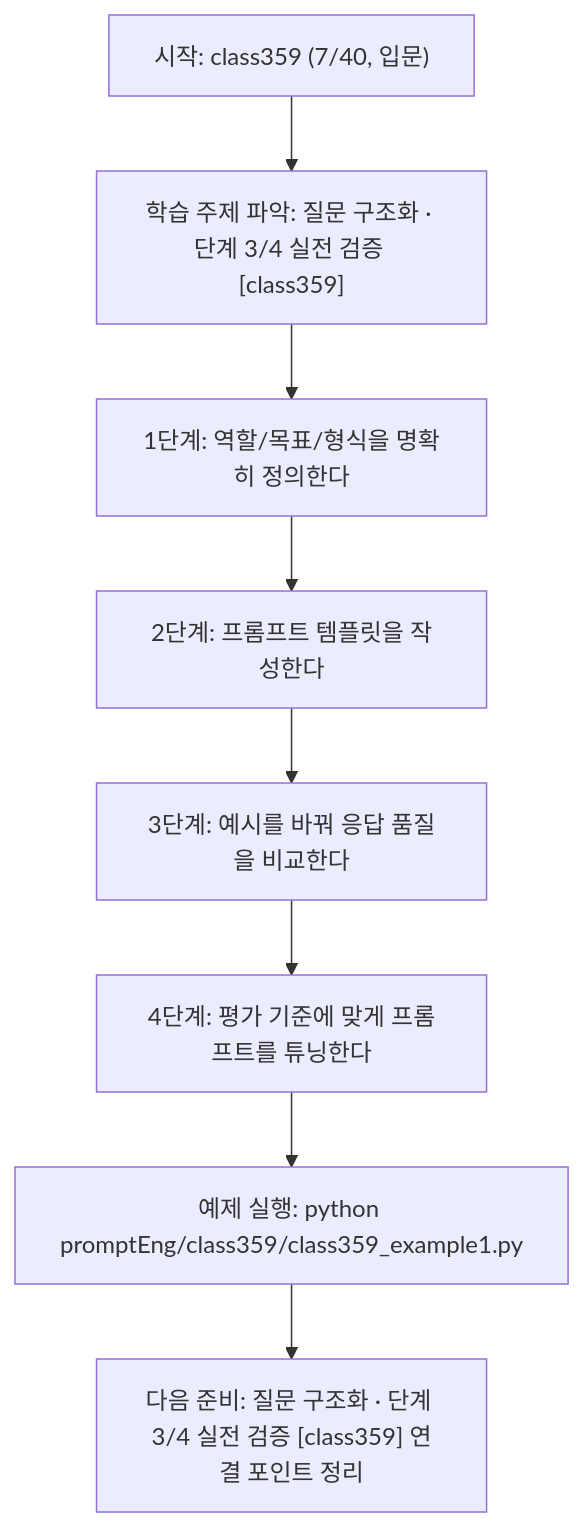
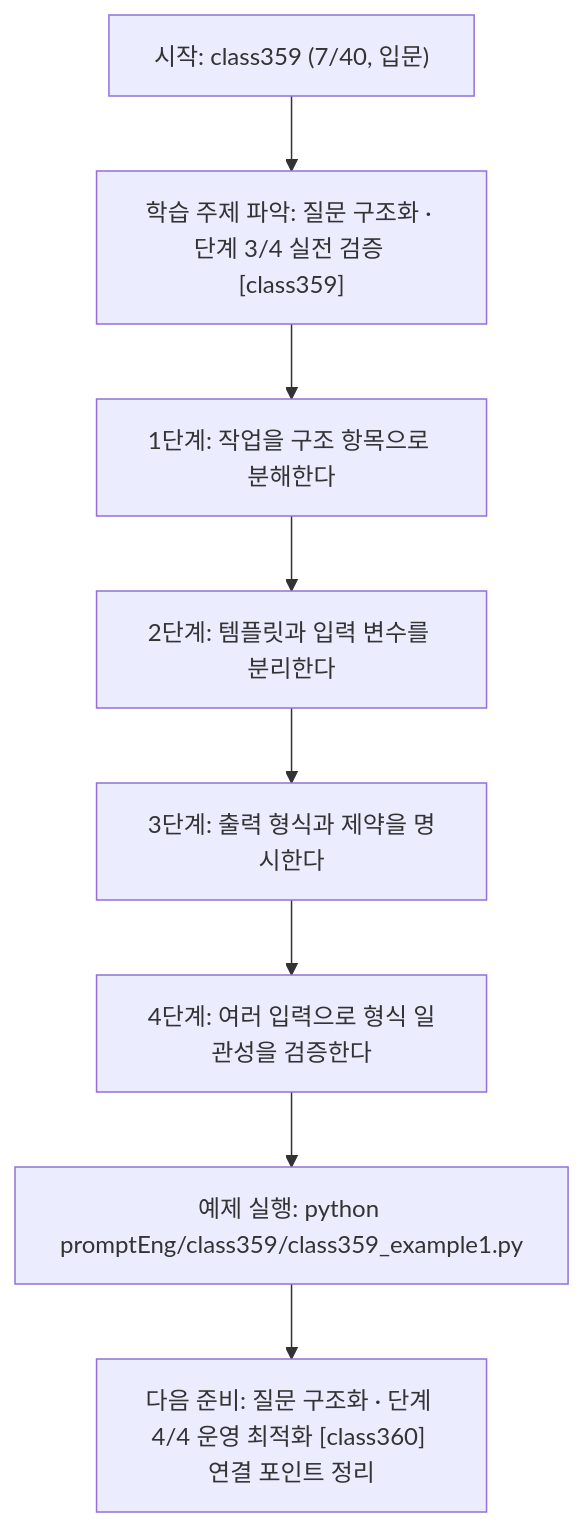
One commit to edumgt/Python-AI_Agent-Class changed the diagram in promptEng/class359/class359.md. Above: the diagram before and after it, drawn with Mermaid. The commit also changed other lines of this file and 283 other files, not shown here.

````diff
--- a/promptEng/class359/class359.md
+++ b/promptEng/class359/class359.md
@@ -109,18 +91,18 @@
 ```mermaid
 flowchart TD
 N1["시작: class359 (7/40, 입문)"]
 N2["학습 주제 파악: 질문 구조화 · 단계 3/4 실전 검증 [class359]"]
-N3["1단계: 역할/목표/형식을 명확히 정의한다"]
-N4["2단계: 프롬프트 템플릿을 작성한다"]
-N5["3단계: 예시를 바꿔 응답 품질을 비교한다"]
-N6["4단계: 평가 기준에 맞게 프롬프트를 튜닝한다"]
+N3["1단계: 작업을 구조 항목으로 분해한다"]
+N4["2단계: 템플릿과 입력 변수를 분리한다"]
+N5["3단계: 출력 형식과 제약을 명시한다"]
+N6["4단계: 여러 입력으로 형식 일관성을 검증한다"]
 N7["예제 실행: python promptEng/class359/class359_example1.py"]
-N8["다음 준비: 질문 구조화 · 단계 3/4 실전 검증 [class359] 연결 포인트 정리"]
+N8["다음 준비: 질문 구조화 · 단계 4/4 운영 최적화 [class360] 연결 포인트 정리"]
 N1 --> N2
 N2 --> N3
 N3 --> N4
 N4 --> N5
 N5 --> N6
 N6 --> N7
 N7 --> N8
 ```
````
